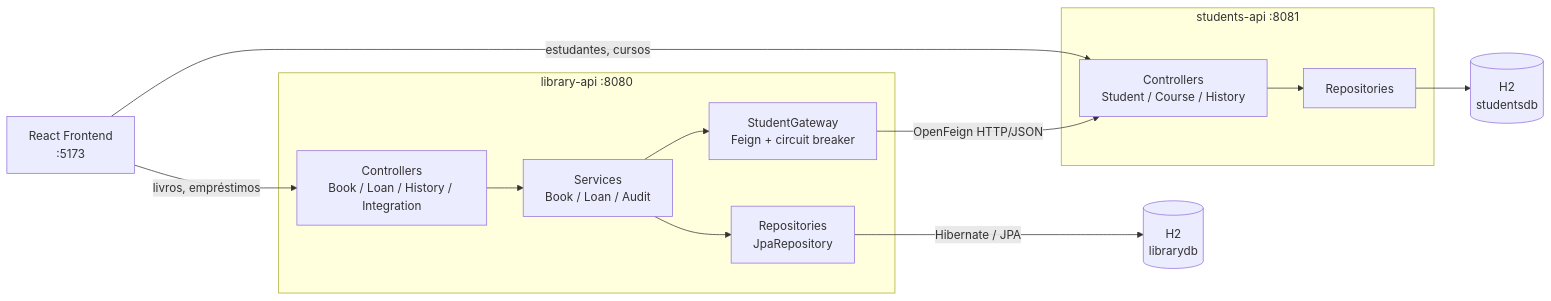
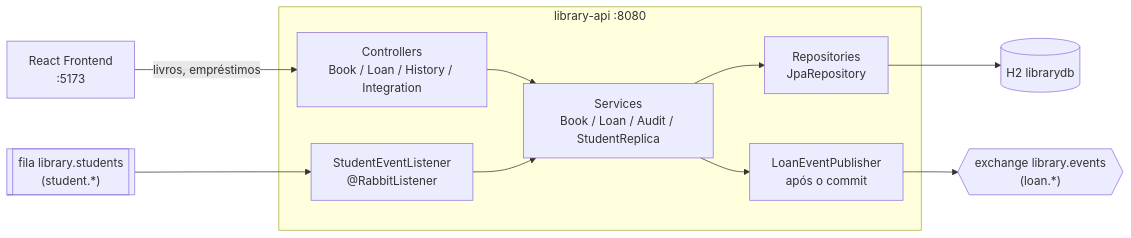
Before and after one commit to gustacassel/gustavo_cassel_PB_TP4: the first of 2 diagrams in library-api/README.md, drawn with Mermaid. The commit also changed other lines of this file and 4 other files, not shown here.

Commit message:
Update documentation for event-driven architecture and set Vite port to 5173

````diff
--- a/library-api/README.md
+++ b/library-api/README.md
@@ -38,25 +37,20 @@
 ```mermaid
 flowchart LR
     FE[React Frontend<br/>:5173]
 
     subgraph L["library-api :8080"]
         C[Controllers<br/>Book / Loan / History / Integration]
-        S[Services<br/>Book / Loan / Audit]
-        GW[StudentGateway<br/>Feign + circuit breaker]
+        S[Services<br/>Book / Loan / Audit / StudentReplica]
         R[Repositories<br/>JpaRepository]
+        LST["StudentEventListener<br/>@RabbitListener"]
+        PUBL[LoanEventPublisher<br/>após o commit]
         C --> S --> R
-        S --> GW
-    end
-
-    subgraph M["students-api :8081"]
-        SC[Controllers<br/>Student / Course / History]
-        SR[Repositories]
-        SC --> SR
+        LST --> S
+        S --> PUBL
     end
 
     FE -->|livros, empréstimos| C
-    FE -->|estudantes, cursos| SC
-    GW -->|OpenFeign HTTP/JSON| SC
-    R -->|Hibernate / JPA| DB[(H2<br/>librarydb)]
-    SR --> SDB[(H2<br/>studentsdb)]
+    R --> DB[(H2 librarydb)]
+    Q1[["fila library.students<br/>(student.*)"]] --> LST
+    PUBL --> X2{{"exchange library.events<br/>(loan.*)"}}
 ```
````
